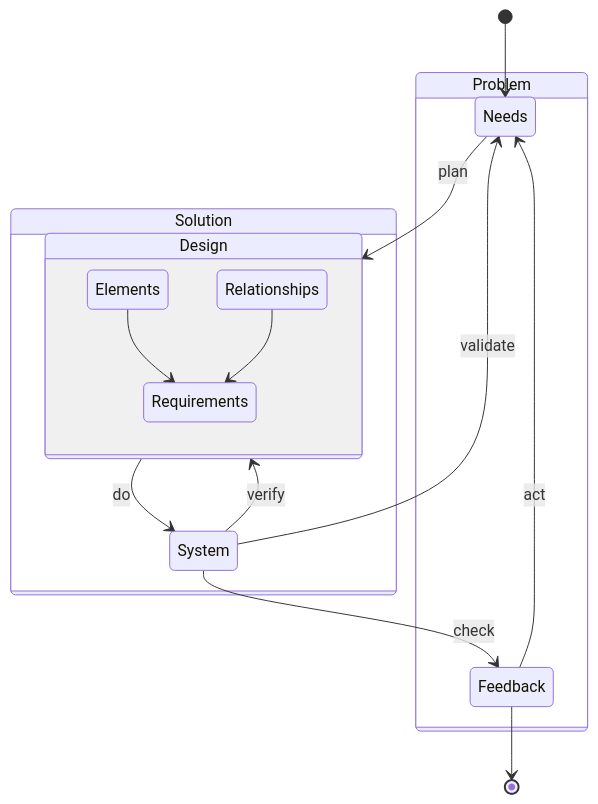
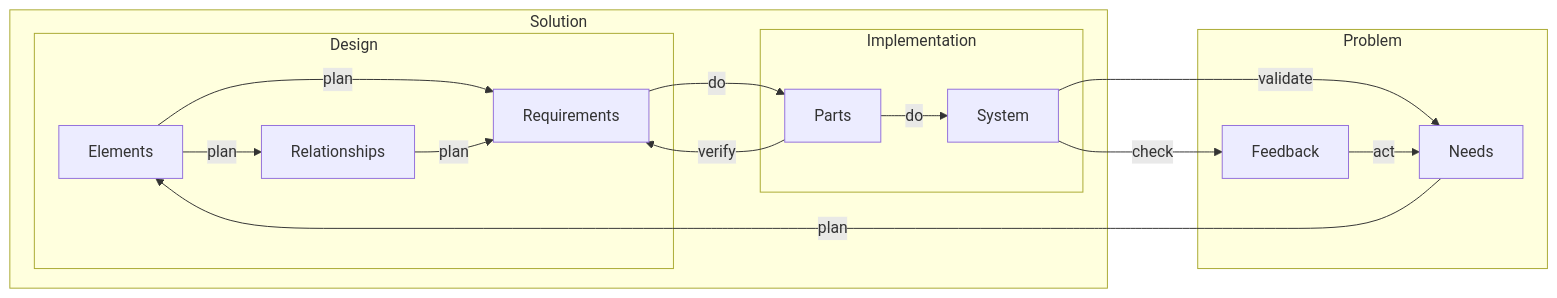
One commit to firstprinciplesthinking/paper_development_lifecycle changed the ninth of 10 diagrams in README.md. Above: the diagram before and after it, drawn with Mermaid. The commit also changed other lines of this file, not shown here.

Commit message:
Switch all diagrams to flows.

````diff
--- a/README.md
+++ b/README.md
@@ -171,27 +197,30 @@
 ```mermaid
-   stateDiagram-v2
-      state Problem{
-         Needs
-         Feedback
-      }
-
-      state Solution{
-        state Design{
+   flowchart LR
+      subgraph Solution
+        subgraph Design
             Elements
             Relationships
             Requirements
-        }
-        System
-      }
-    Elements-->Requirements
-    Relationships-->Requirements
+         end
+         subgraph Implementation
+            Parts
+            System
+         end
+      end
+      
+      subgraph Problem
+         Needs
+         Feedback
+      end
 
-      [*]-->Needs
-      System-->Feedback: check
-      Feedback-->Needs: act
-      Needs-->Design: plan
-      Design-->System: do
-      System-->Design: verify
-      System-->Needs: validate
-      Feedback --> [*]
+      Needs--"plan"-->Elements
+      Elements--"plan"-->Requirements
+      Elements--"plan"-->Relationships
+      Relationships--"plan"-->Requirements
+      Requirements--"do"-->Parts
+      Parts--"do"-->System
+      Parts--"verify"-->Requirements
+      System--"check"-->Feedback
+      System--"validate"-->Needs
+      Feedback--"act"-->Needs
 ```
````
